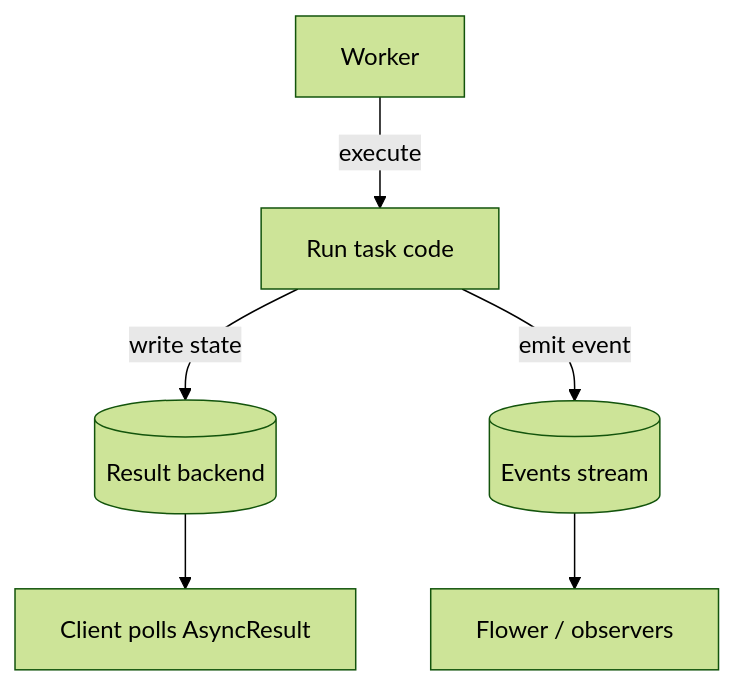
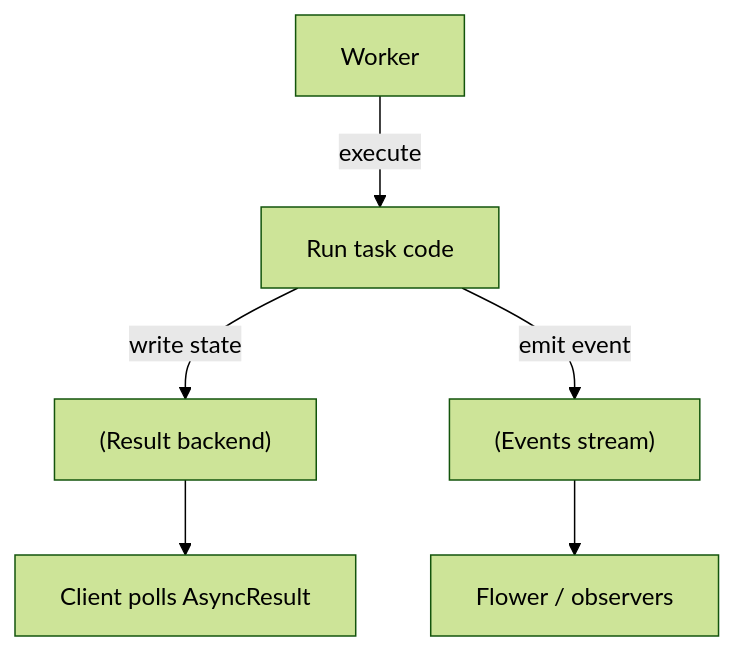
Before and after one commit to DDoSKudya/ai-study-atlas: the second of 2 diagrams in directions/services/celery/pact/04_arkhitektura_celery_komponenty_i_ikh_vzaimodeystvie/13_04_4_4_result_backend_kak_otdelnaya_podsistema.md, drawn with Mermaid (forest theme). The commit also changed other lines of this file and 322 other files, not shown here.

Commit message:
fix(docs): make mermaid diagrams GitHub-compatible across directions content

````diff
--- a/directions/services/celery/pact/04_arkhitektura_celery_komponenty_i_ikh_vzaimodeystvie/13_04_4_4_result_backend_kak_otdelnaya_podsistema.md
+++ b/directions/services/celery/pact/04_arkhitektura_celery_komponenty_i_ikh_vzaimodeystvie/13_04_4_4_result_backend_kak_otdelnaya_podsistema.md
@@ -232,8 +232,8 @@
 ```mermaid
 flowchart TD
-  W[Worker] -->|execute| W2[Run task code]
-  W2 -->|write state| B[(Result backend)]
-  W2 -->|emit event| E[(Events stream)]
-  B --> C[Client polls AsyncResult]
-  E --> F[Flower / observers]
+  W["Worker"] -->|execute| W2["Run task code"]
+  W2 -->|write state| B["(Result backend)"]
+  W2 -->|emit event| E["(Events stream)"]
+  B --> C["Client polls AsyncResult"]
+  E --> F["Flower / observers"]
 ```
````
